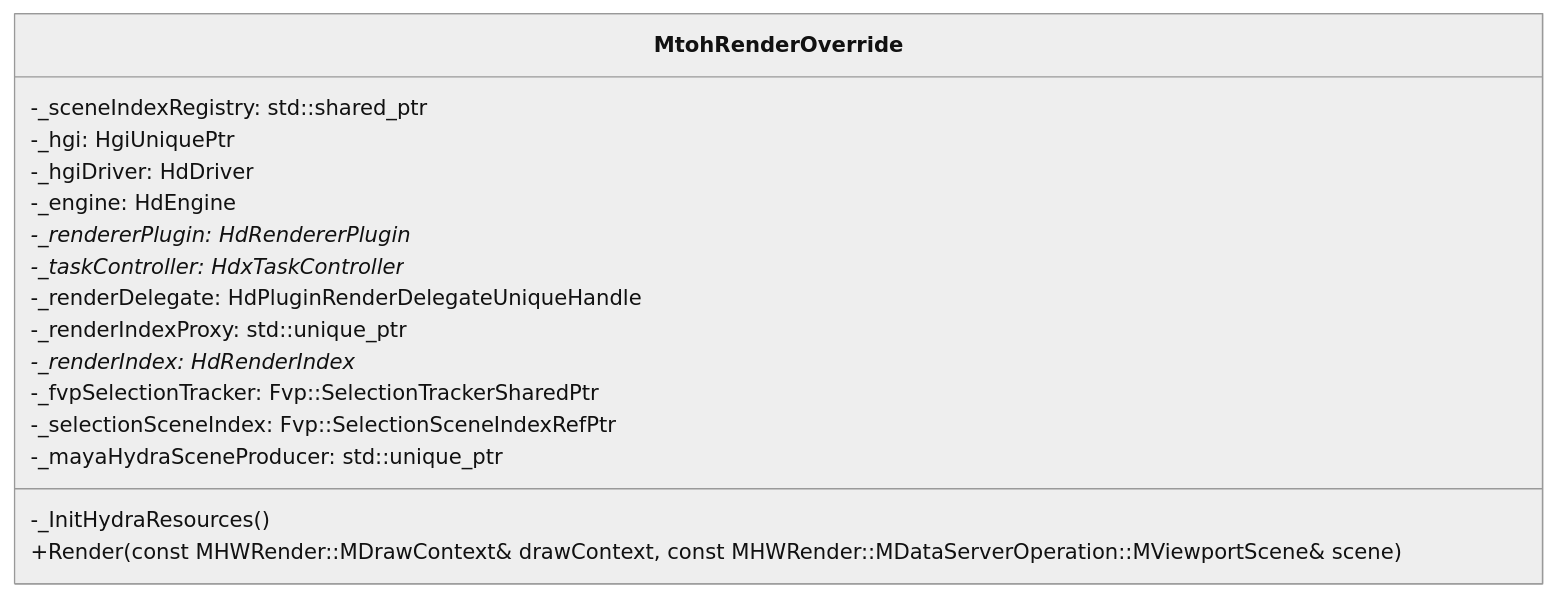
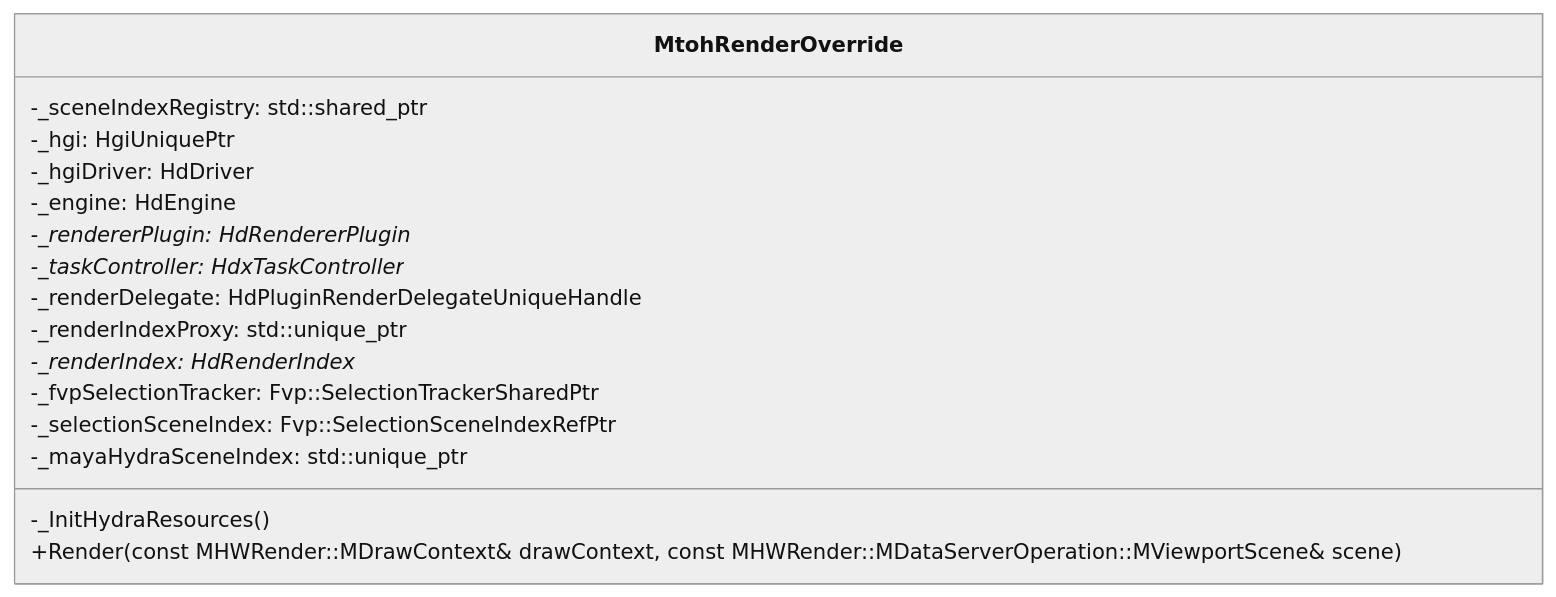
The third of 5 diagrams in doc/mayaHydraDetails.md (Autodesk/maya-hydra), drawn with Mermaid (neutral theme) before and after one commit. The commit also changed other lines of this file and 5 other files, not shown here.

````diff
--- a/doc/mayaHydraDetails.md
+++ b/doc/mayaHydraDetails.md
@@ -78,20 +78,20 @@
 ```mermaid
 classDiagram
 
   class MtohRenderOverride {
     -_InitHydraResources()
     -_sceneIndexRegistry: std::shared_ptr<MayaHydraSceneIndexRegistry>
     -_hgi: HgiUniquePtr
     -_hgiDriver: HdDriver
     -_engine: HdEngine
     -_rendererPlugin: HdRendererPlugin*
     -_taskController: HdxTaskController*
     -_renderDelegate: HdPluginRenderDelegateUniqueHandle
     -_renderIndexProxy: std::unique_ptr<Fvp::RenderIndexProxy>
     -_renderIndex: HdRenderIndex*
     -_fvpSelectionTracker: Fvp::SelectionTrackerSharedPtr
     -_selectionSceneIndex: Fvp::SelectionSceneIndexRefPtr
-    -_mayaHydraSceneProducer: std::unique_ptr<MayaHydraSceneProducer>
+    -_mayaHydraSceneIndex: std::unique_ptr<MayaHydraSceneIndex>
     +Render(const MHWRender::MDrawContext& drawContext, const MHWRender::MDataServerOperation::MViewportScene& scene)
   }
 ```
````
